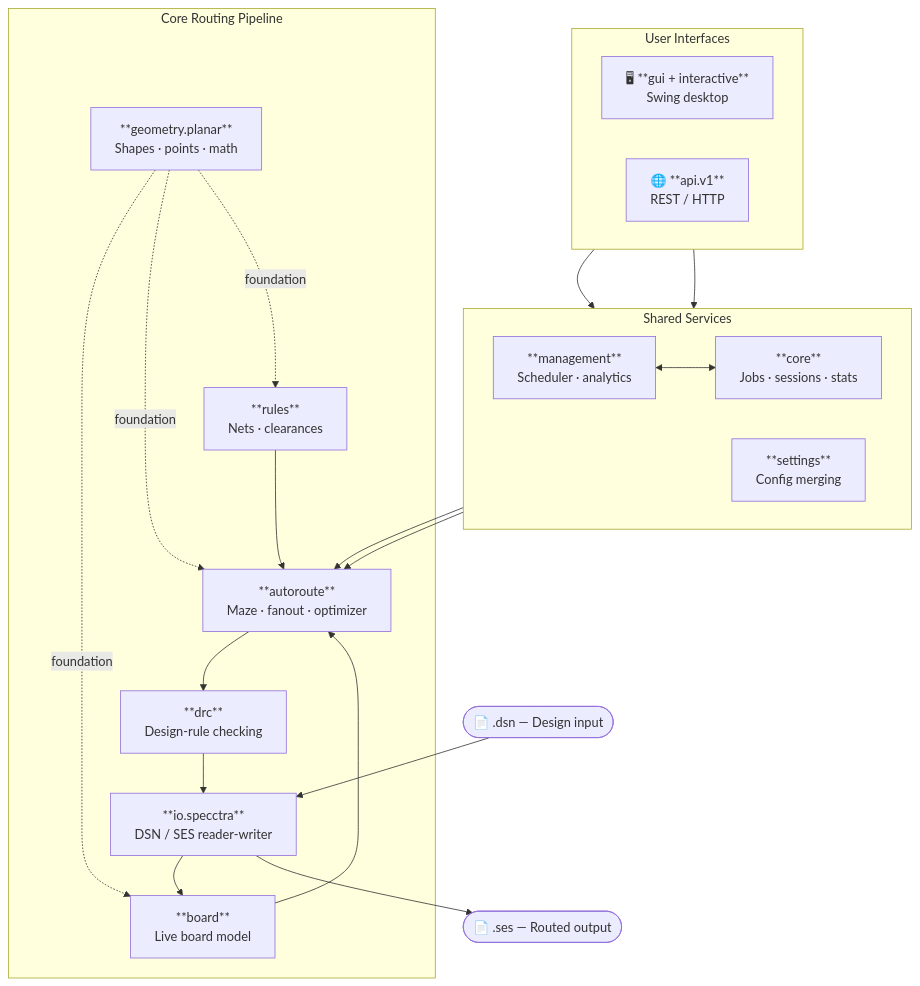
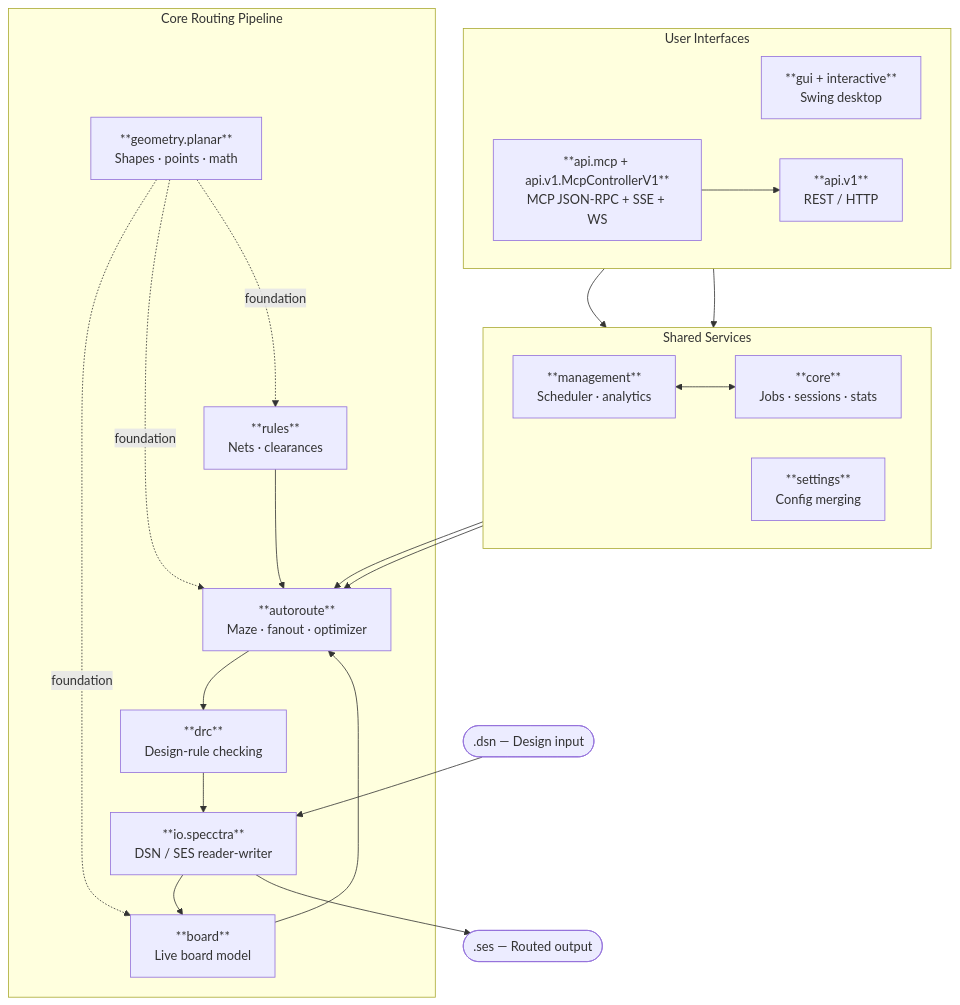
The diagram in docs/architecture.md (freerouting/freerouting), drawn with Mermaid before and after one commit. The commit also changed other lines of this file and 21 other files, not shown here.

First line of the commit message:
Add dedicated MCP server (JSON-RPC, SSE, WS)

````diff
--- a/docs/architecture.md
+++ b/docs/architecture.md
@@ -15,41 +15,43 @@
 ```mermaid
 flowchart TD
-    DSN(["📄 .dsn — Design input"])
-    SES(["📄 .ses — Routed output"])
+    DSN([".dsn — Design input"])
+    SES([".ses — Routed output"])
 
     subgraph interfaces ["User Interfaces"]
         direction LR
-        GUI["🖥 **gui + interactive**\nSwing desktop"]
-        API["🌐 **api.v1**\nREST / HTTP"]
+        GUI["**gui + interactive**\nSwing desktop"]
+        API["**api.v1**\nREST / HTTP"]
+        MCP["**api.mcp + api.v1.McpControllerV1**\nMCP JSON-RPC + SSE + WS"]
     end
 
     subgraph services ["Shared Services"]
         direction LR
         MGMT["**management**\nScheduler · analytics"]
         CORE["**core**\nJobs · sessions · stats"]
         CFG["**settings**\nConfig merging"]
     end
 
     subgraph pipeline ["Core Routing Pipeline"]
         IO["**io.specctra**\nDSN / SES reader-writer"]
         BOARD["**board**\nLive board model"]
         RULES["**rules**\nNets · clearances"]
         AR["**autoroute**\nMaze · fanout · optimizer"]
         DRC["**drc**\nDesign-rule checking"]
         GEO["**geometry.planar**\nShapes · points · math"]
     end
 
     DSN --> IO --> BOARD
     RULES --> AR
     BOARD --> AR
     AR --> DRC --> IO --> SES
     GEO -. foundation .-> BOARD
     GEO -. foundation .-> AR
     GEO -. foundation .-> RULES
 
     GUI --> MGMT
     API --> MGMT
+    MCP --> API
     MGMT <--> CORE
     CFG --> AR
     CORE --> AR
 ```
````
